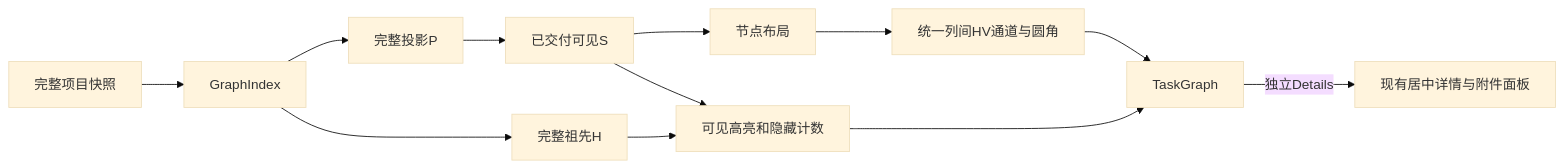
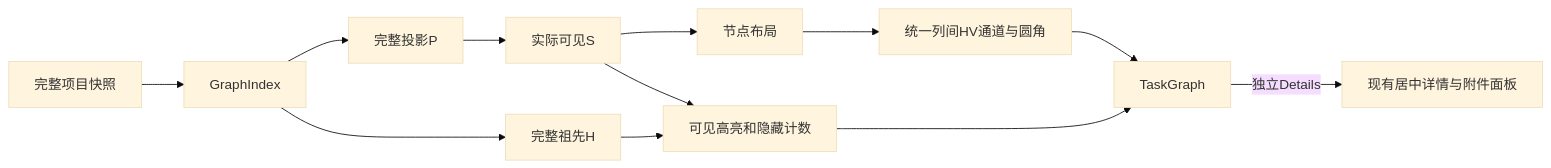
The diagram in docs/design/daynight-task-inspection.md (codetreker/day-night), drawn with Mermaid (base theme) before and after one commit. The commit also changed other lines of this file and 9 other files, not shown here.

````diff
--- a/docs/design/daynight-task-inspection.md
+++ b/docs/design/daynight-task-inspection.md
@@ -13,14 +13,14 @@
 ```mermaid
 flowchart LR
   Snapshot[完整项目快照] --> Index[GraphIndex]
   Index --> P[完整投影P]
-  P --> S[已交付可见S]
+  P --> S[实际可见S]
   S --> Layout[节点布局]
   Layout --> Channels[统一列间HV通道与圆角]
   Index --> H[完整祖先H]
   H --> Paint[可见高亮和隐藏计数]
   S --> Paint
   Channels --> Canvas[TaskGraph]
   Paint --> Canvas
   Canvas -->|独立Details| Detail[现有居中详情与附件面板]
 ```
````
